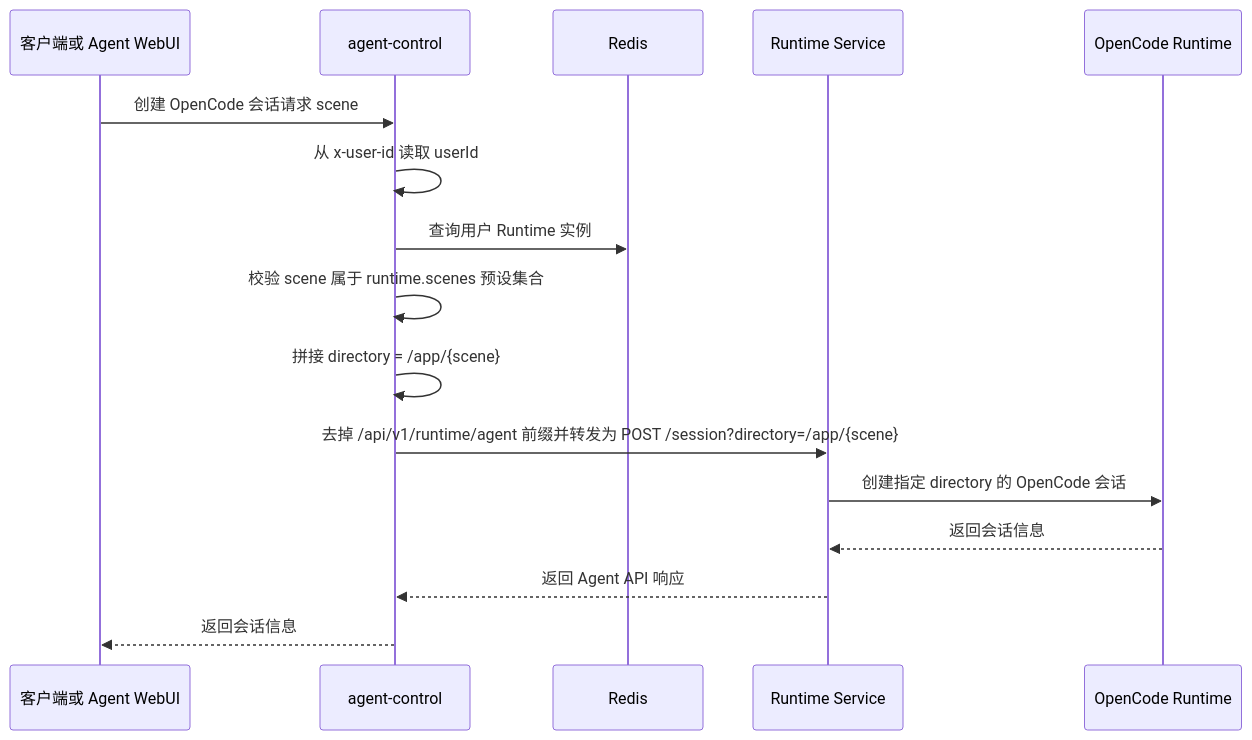
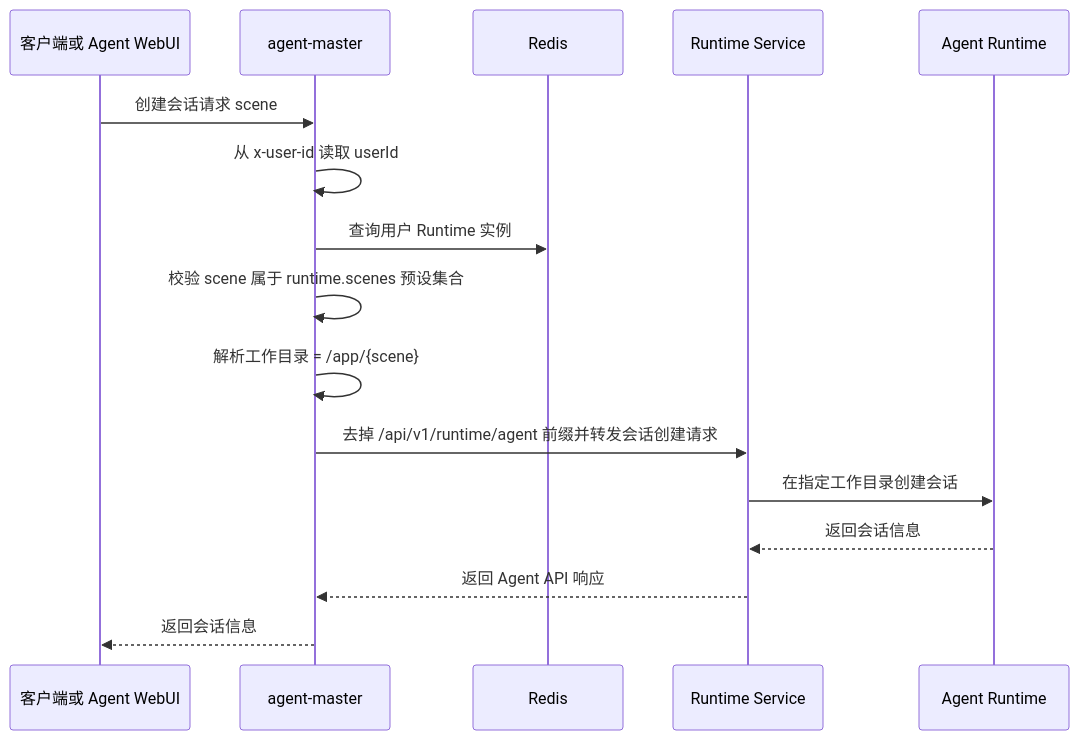
The fifth of 7 diagrams in README.md (ArchAIHarness/agent-master), drawn with Mermaid before and after one commit. The commit also changed other lines of this file and 27 other files, not shown here.

````diff
--- a/README.md
+++ b/README.md
@@ -208,19 +208,19 @@
 ```mermaid
 sequenceDiagram
     participant C as 客户端或 Agent WebUI
-    participant A as agent-control
+    participant A as agent-master
     participant R as Redis
     participant S as Runtime Service
-    participant O as OpenCode Runtime
+    participant O as Agent Runtime
 
-    C->>A: 创建 OpenCode 会话请求 scene
+    C->>A: 创建会话请求 scene
     A->>A: 从 x-user-id 读取 userId
     A->>R: 查询用户 Runtime 实例
     A->>A: 校验 scene 属于 runtime.scenes 预设集合
-    A->>A: 拼接 directory = /app/{scene}
-    A->>S: 去掉 /api/v1/runtime/agent 前缀并转发为 POST /session?directory=/app/{scene}
-    S->>O: 创建指定 directory 的 OpenCode 会话
+    A->>A: 解析工作目录 = /app/{scene}
+    A->>S: 去掉 /api/v1/runtime/agent 前缀并转发会话创建请求
+    S->>O: 在指定工作目录创建会话
     O-->>S: 返回会话信息
     S-->>A: 返回 Agent API 响应
     A-->>C: 返回会话信息
 ```
````
